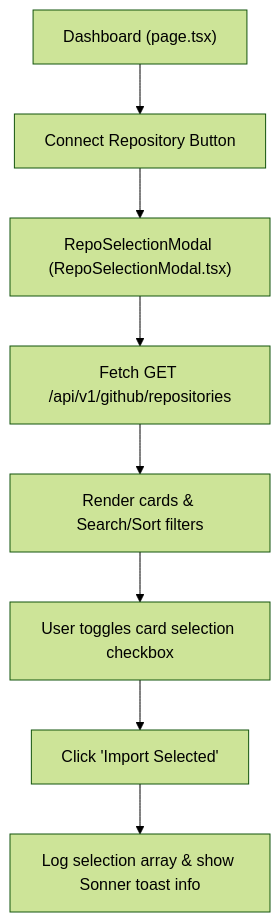
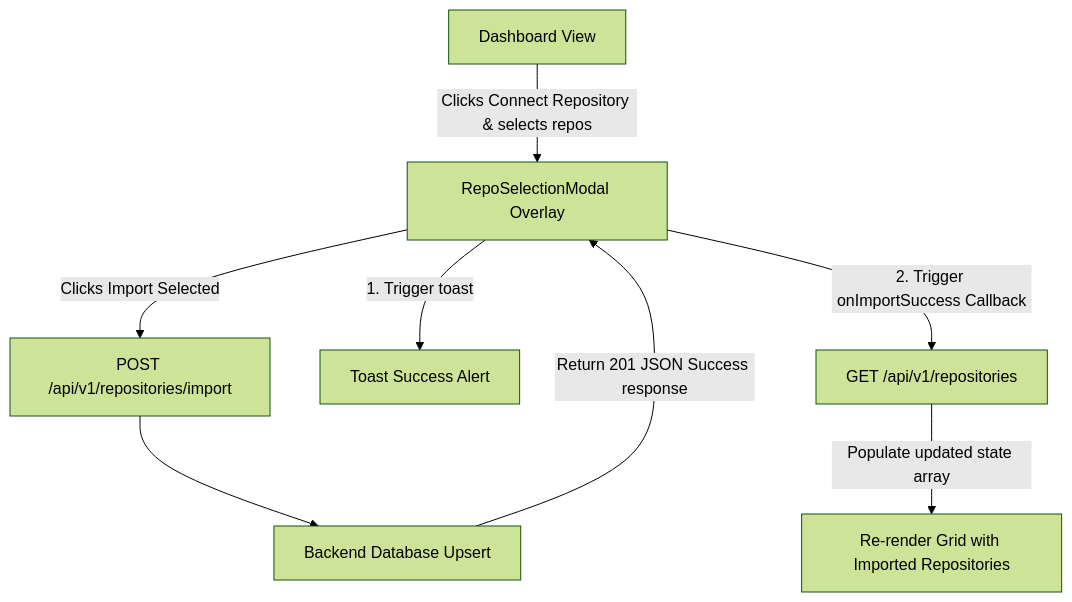
Before and after one commit to Gauravgits1308/CodeAtlas: the diagram in apps/web/walkthrough.md, drawn with Mermaid (forest theme). The commit also changed other lines of this file and 3 other files, not shown here.

Commit message:
feat: integrate repository import API and dashboard automatic refresh

````diff
--- a/apps/web/walkthrough.md
+++ b/apps/web/walkthrough.md
@@ -19,19 +22,18 @@
 ```mermaid
 graph TD
-    Dashboard["Dashboard (page.tsx)"]
-    ConnectBtn["Connect Repository Button"]
-    Modal["RepoSelectionModal (RepoSelectionModal.tsx)"]
-    FetchRepos["Fetch GET /api/v1/github/repositories"]
-    RenderRepos["Render cards & Search/Sort filters"]
-    SelectRepo["User toggles card selection checkbox"]
-    FooterBtn["Click 'Import Selected'"]
-    ConsoleLog["Log selection array & show Sonner toast info"]
+    User["Dashboard View"]
+    Modal["RepoSelectionModal Overlay"]
+    PostRequest["POST /api/v1/repositories/import"]
+    DbUpsert["Backend Database Upsert"]
+    SuccessToast["Toast Success Alert"]
+    RefreshCall["GET /api/v1/repositories"]
+    RenderUpdated["Re-render Grid with Imported Repositories"]
 
-    Dashboard --> ConnectBtn
-    ConnectBtn --> Modal
-    Modal --> FetchRepos
-    FetchRepos --> RenderRepos
-    RenderRepos --> SelectRepo
-    SelectRepo --> FooterBtn
-    FooterBtn --> ConsoleLog
+    User -- "Clicks Connect Repository & selects repos" --> Modal
+    Modal -- "Clicks Import Selected" --> PostRequest
+    PostRequest --> DbUpsert
+    DbUpsert -- "Return 201 JSON Success response" --> Modal
+    Modal -- "1. Trigger toast" --> SuccessToast
+    Modal -- "2. Trigger onImportSuccess Callback" --> RefreshCall
+    RefreshCall -- "Populate updated state array" --> RenderUpdated
 ```
````
